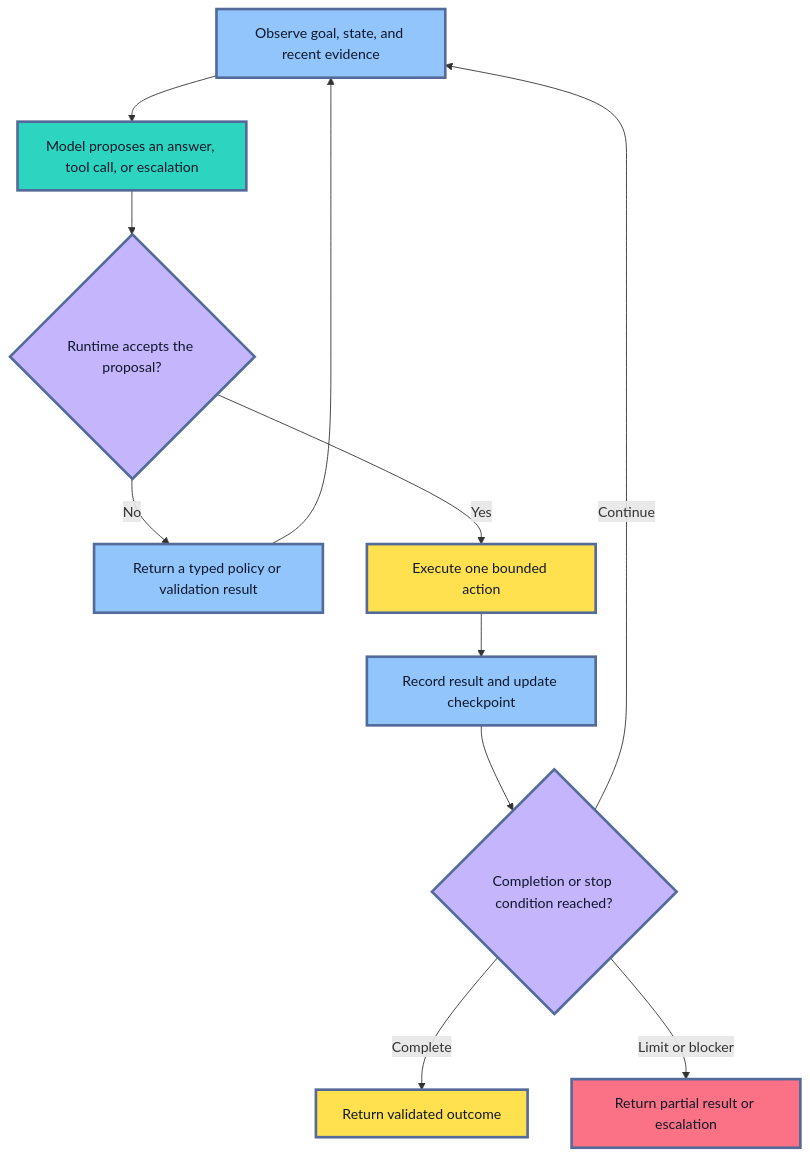
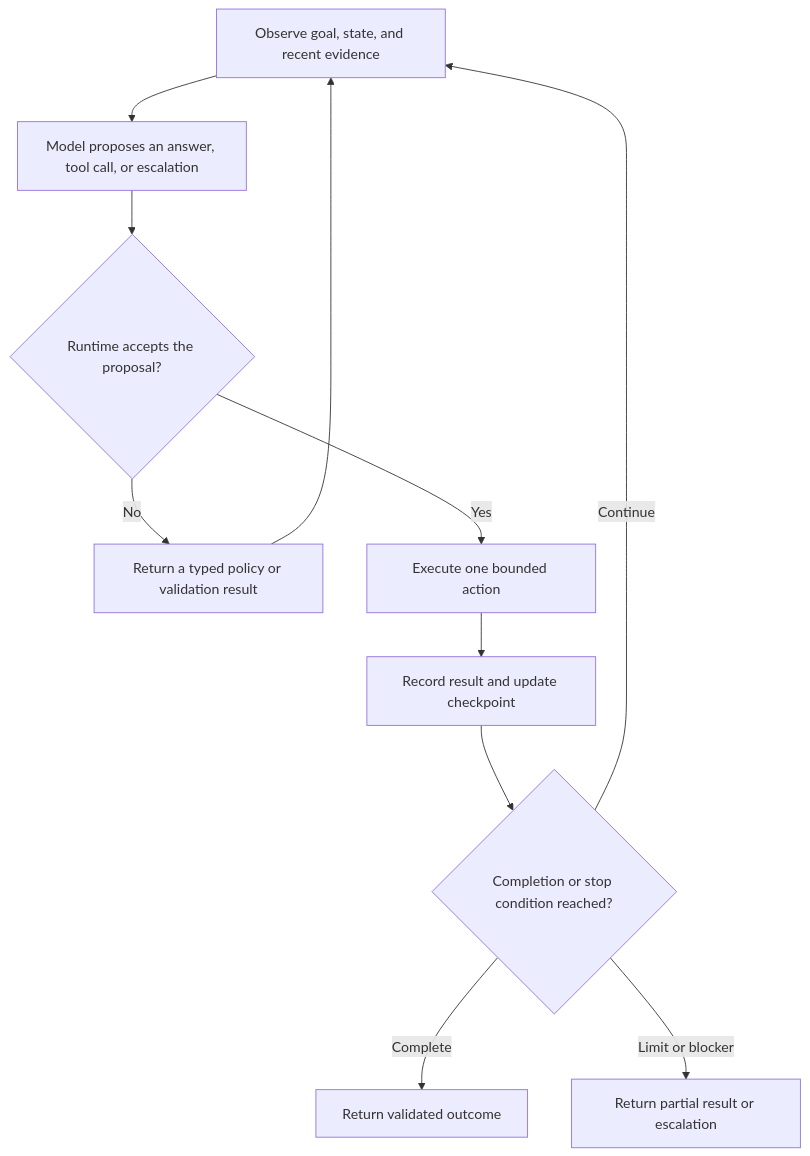
One commit to senlinyy/dev-roadmaps changed the fourth of 13 diagrams in roadmaps/mlops/modules/llmops/llm-app-foundations/03-workflows-and-agents.md. Above: the diagram before and after it, drawn with Mermaid. The commit also changed other lines of this file and 152 other files, not shown here.

Commit message:
feat: mlops and diagrams updated

````diff
--- a/roadmaps/mlops/modules/llmops/llm-app-foundations/03-workflows-and-agents.md
+++ b/roadmaps/mlops/modules/llmops/llm-app-foundations/03-workflows-and-agents.md
@@ -184,24 +174,19 @@
 ```mermaid
 flowchart TD
     A["Observe goal, state, and recent evidence"] --> B["Model proposes an answer, tool call, or escalation"]
     B --> C{"Runtime accepts the proposal?"}
     C -->|"No"| D["Return a typed policy or validation result"]
     D --> A
     C -->|"Yes"| E["Execute one bounded action"]
     E --> F["Record result and update checkpoint"]
     F --> G{"Completion or stop condition reached?"}
     G -->|"Continue"| A
     G -->|"Complete"| H["Return validated outcome"]
     G -->|"Limit or blocker"| I["Return partial result or escalation"]
 
-    classDef observe fill:#93C5FD,stroke:#536A9A,stroke-width:3px,color:#0F172A
-    classDef model fill:#2DD4BF,stroke:#536A9A,stroke-width:3px,color:#0F172A
-    classDef gate fill:#C4B5FD,stroke:#536A9A,stroke-width:3px,color:#0F172A
-    classDef action fill:#FFE04F,stroke:#536A9A,stroke-width:3px,color:#111827
-    classDef stop fill:#FB7185,stroke:#536A9A,stroke-width:3px,color:#111827
     class A,D,F observe
     class B model
     class C,G gate
     class E,H action
     class I stop
 ```
````
